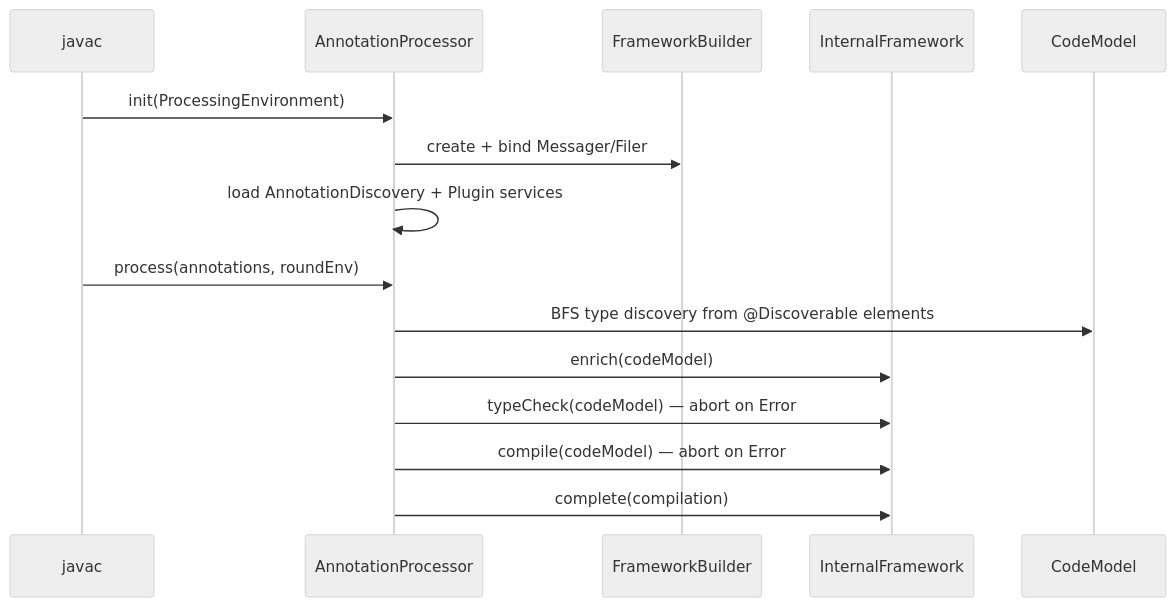
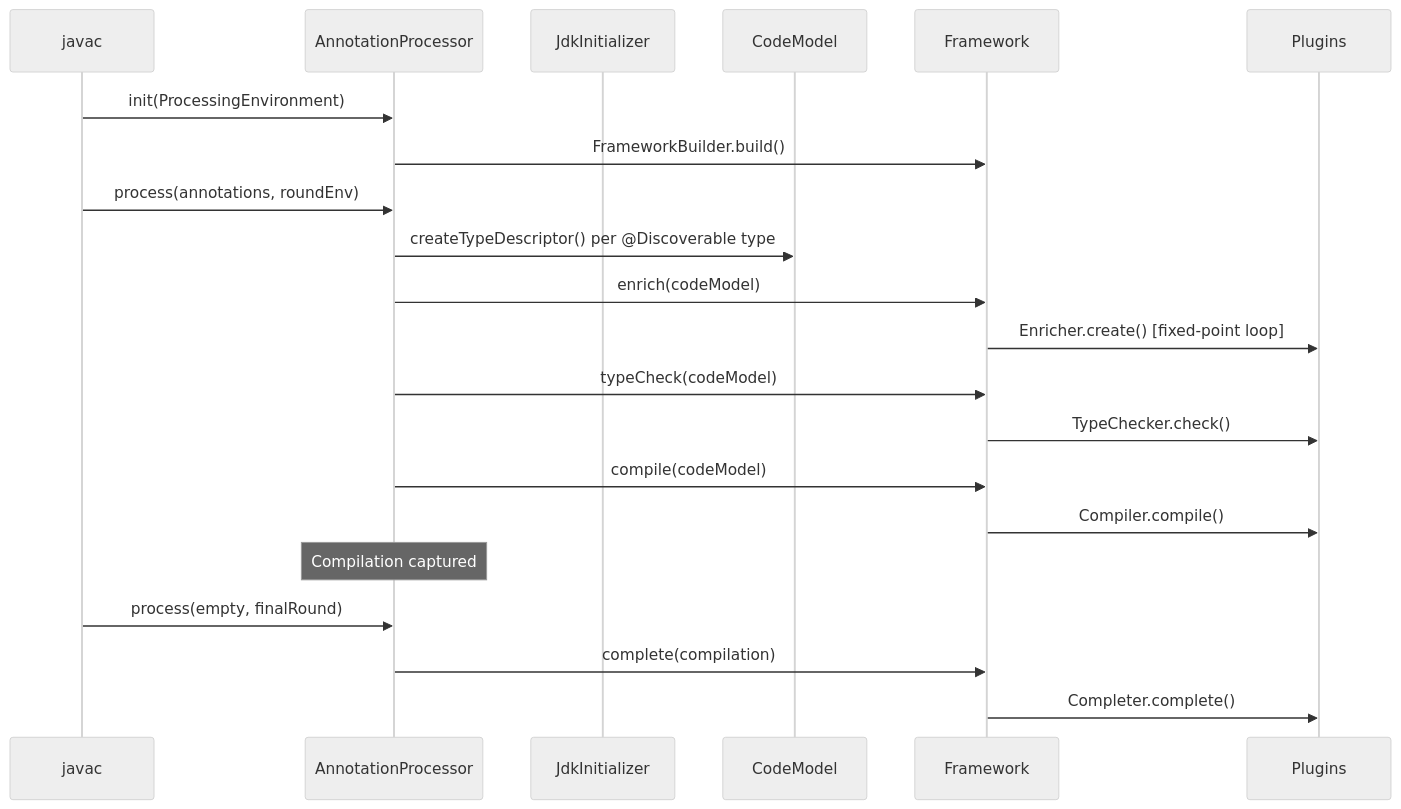
The second of 3 diagrams in docs/CODEBASE_MAP.md (Workday/codemodel.build), drawn with Mermaid (neutral theme) before and after one commit. The commit also changed other lines of this file and 1 other file, not shown here.

````diff
--- a/docs/CODEBASE_MAP.md
+++ b/docs/CODEBASE_MAP.md
@@ -429,18 +532,24 @@
 ```mermaid
 sequenceDiagram
     participant javac
     participant AnnotationProcessor
-    participant FrameworkBuilder
-    participant InternalFramework
+    participant JdkInitializer
     participant CodeModel
+    participant Framework
+    participant Plugins
 
     javac->>AnnotationProcessor: init(ProcessingEnvironment)
-    AnnotationProcessor->>FrameworkBuilder: create + bind Messager/Filer
-    AnnotationProcessor->>AnnotationProcessor: load AnnotationDiscovery + Plugin services
+    AnnotationProcessor->>Framework: FrameworkBuilder.build()
     javac->>AnnotationProcessor: process(annotations, roundEnv)
-    AnnotationProcessor->>CodeModel: BFS type discovery from @Discoverable elements
-    AnnotationProcessor->>InternalFramework: enrich(codeModel)
-    AnnotationProcessor->>InternalFramework: typeCheck(codeModel) — abort on Error
-    AnnotationProcessor->>InternalFramework: compile(codeModel) — abort on Error
-    AnnotationProcessor->>InternalFramework: complete(compilation)
+    AnnotationProcessor->>CodeModel: createTypeDescriptor() per @Discoverable type
+    AnnotationProcessor->>Framework: enrich(codeModel)
+    Framework->>Plugins: Enricher.create() [fixed-point loop]
+    AnnotationProcessor->>Framework: typeCheck(codeModel)
+    Framework->>Plugins: TypeChecker.check()
+    AnnotationProcessor->>Framework: compile(codeModel)
+    Framework->>Plugins: Compiler.compile()
+    Note over AnnotationProcessor: Compilation captured
+    javac->>AnnotationProcessor: process(empty, finalRound)
+    AnnotationProcessor->>Framework: complete(compilation)
+    Framework->>Plugins: Completer.complete()
 ```
````
